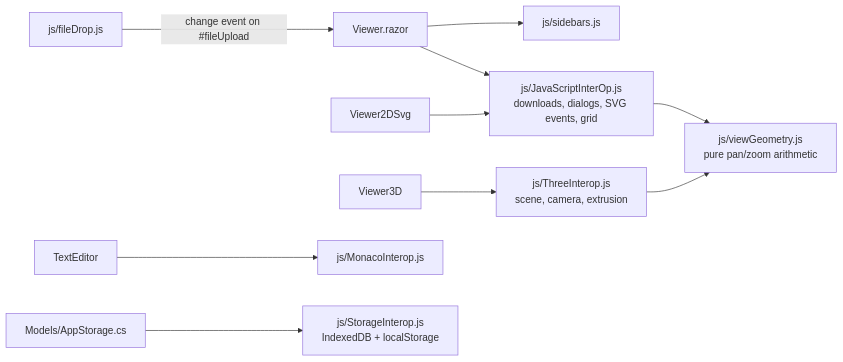
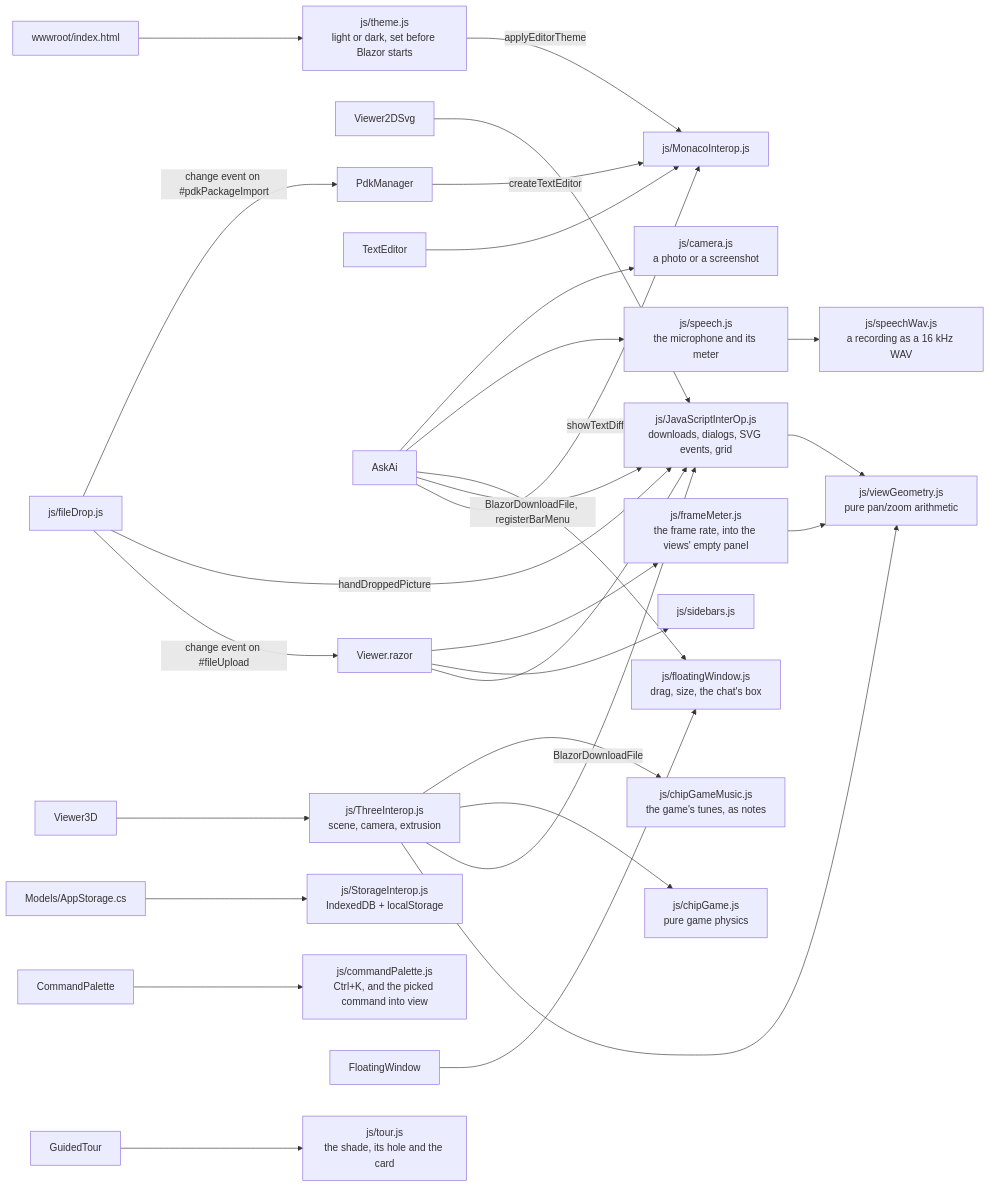
Before and after one commit to EECSB/GDSViewer: the fourth of 4 diagrams in docs/ARCHITECTURE.md, drawn with Mermaid. The commit also changed other lines of this file and 750 other files, not shown here.

````diff
--- a/docs/ARCHITECTURE.md
+++ b/docs/ARCHITECTURE.md
@@ -110,12 +193,31 @@
 ```mermaid
 flowchart LR
     Shell["Viewer.razor"] --> JSI["js/JavaScriptInterOp.js<br>downloads, dialogs, SVG events, grid"]
     Shell --> Side["js/sidebars.js"]
     Two["Viewer2DSvg"] --> JSI
     Three["Viewer3D"] --> TI["js/ThreeInterop.js<br>scene, camera, extrusion"]
     Text["TextEditor"] --> MI["js/MonacoInterop.js"]
+    Ask["AskAi"] -->|"showTextDiff"| MI
+    Ask -->|"BlazorDownloadFile, registerBarMenu"| JSI
+    Pdk["PdkManager"] -->|"createTextEditor"| MI
     AppSt["Models/AppStorage.cs"] --> SI["js/StorageInterop.js<br>IndexedDB + localStorage"]
     JSI --> VG["js/viewGeometry.js<br>pure pan/zoom arithmetic"]
     TI --> VG
+    TI -->|"BlazorDownloadFile"| JSI
+    TI --> CG["js/chipGame.js<br>pure game physics"]
+    TI --> CM["js/chipGameMusic.js<br>the game's tunes, as notes"]
     Drop["js/fileDrop.js"] -->|"change event on #fileUpload"| Shell
+    Drop -->|"handDroppedPicture"| JSI
+    Drop -->|"change event on #pdkPackageImport"| Pdk
+    Host["wwwroot/index.html"] --> Theme["js/theme.js<br>light or dark, set before Blazor starts"]
+    Palette["CommandPalette"] --> CP["js/commandPalette.js<br>Ctrl+K, and the picked command into view"]
+    Tour["GuidedTour"] --> TJ["js/tour.js<br>the shade, its hole and the card"]
+    Shell --> Meter["js/frameMeter.js<br>the frame rate, into the views' empty panel"]
+    Meter --> VG
+    Theme -->|"applyEditorTheme"| MI
+    Float["FloatingWindow"] --> FW["js/floatingWindow.js<br>drag, size, the chat's box"]
+    Ask --> FW
+    Ask --> Sp["js/speech.js<br>the microphone and its meter"]
+    Sp --> SW["js/speechWav.js<br>a recording as a 16 kHz WAV"]
+    Ask --> Cam["js/camera.js<br>a photo or a screenshot"]
 ```
````
